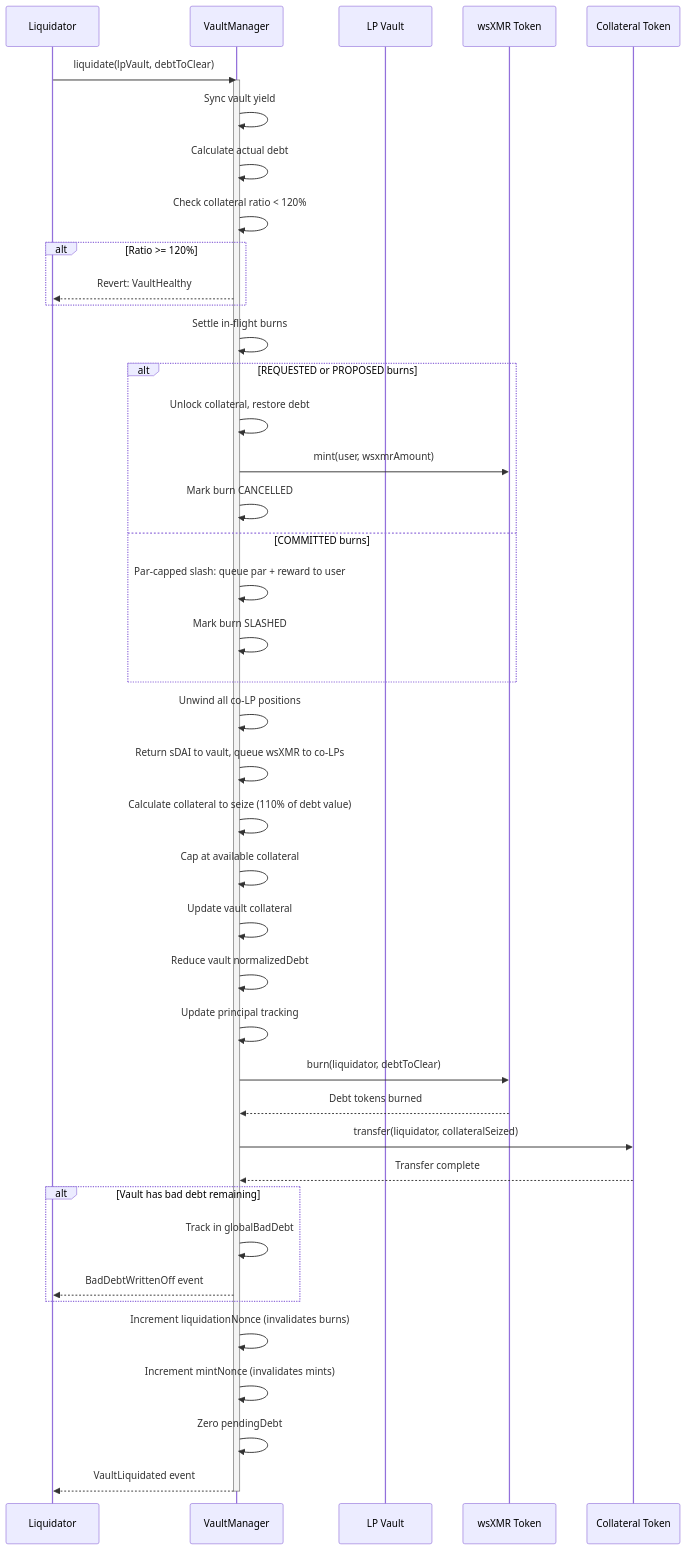
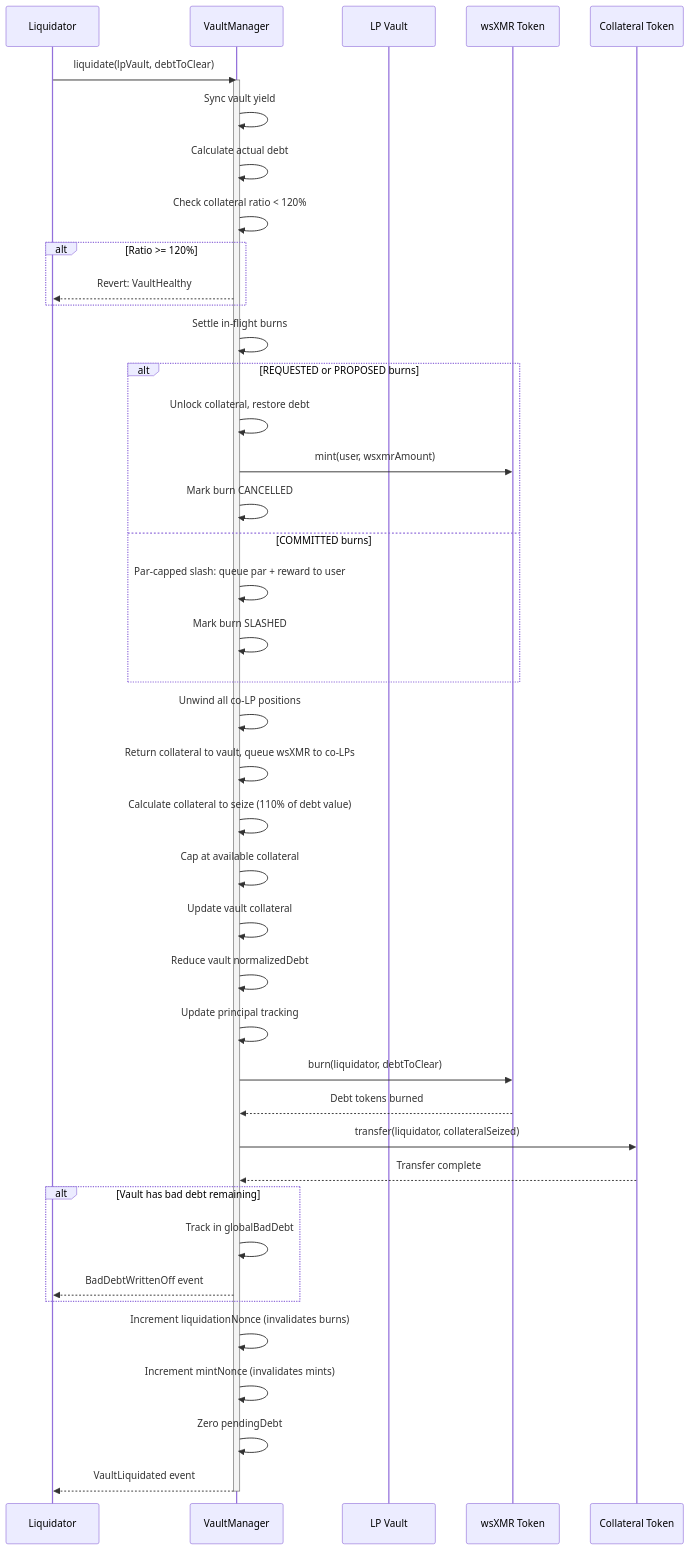
One commit to madschristensen99/wrapsynth changed diagram 13 of 27 in docs/sequenceDiagrams.md. Above: the diagram before and after it, drawn with Mermaid. The commit also changed other lines of this file and 1 other file, not shown here.

First line of the commit message:
Fix Mermaid parse errors + generalize docs to chain-agnostic terms

````diff
--- a/docs/sequenceDiagrams.md
+++ b/docs/sequenceDiagrams.md
@@ -727,57 +727,57 @@
 ```mermaid
 sequenceDiagram
     participant Liquidator
     participant VM as VaultManager
     participant Vault as LP Vault
     participant Token as wsXMR Token
     participant Collateral as Collateral Token
 
     Liquidator->>VM: liquidate(lpVault, debtToClear)
     activate VM
     
     VM->>VM: Sync vault yield
     VM->>VM: Calculate actual debt
     
     VM->>VM: Check collateral ratio < 120%
     alt Ratio >= 120%
         VM-->>Liquidator: Revert: VaultHealthy
     end
     
     VM->>VM: Settle in-flight burns
     alt REQUESTED or PROPOSED burns
         VM->>VM: Unlock collateral, restore debt
         VM->>Token: mint(user, wsxmrAmount)
         VM->>VM: Mark burn CANCELLED
     else COMMITTED burns
         VM->>VM: Par-capped slash: queue par + reward to user
         VM->>VM: Mark burn SLASHED
     end
     
     VM->>VM: Unwind all co-LP positions
-    VM->>VM: Return sDAI to vault, queue wsXMR to co-LPs
+    VM->>VM: Return collateral to vault, queue wsXMR to co-LPs
     
     VM->>VM: Calculate collateral to seize (110% of debt value)
     VM->>VM: Cap at available collateral
     
     VM->>VM: Update vault collateral
     VM->>VM: Reduce vault normalizedDebt
     VM->>VM: Update principal tracking
     
     VM->>Token: burn(liquidator, debtToClear)
     Token-->>VM: Debt tokens burned
     
     VM->>Collateral: transfer(liquidator, collateralSeized)
     Collateral-->>VM: Transfer complete
     
     alt Vault has bad debt remaining
         VM->>VM: Track in globalBadDebt
         VM-->>Liquidator: BadDebtWrittenOff event
     end
     
     VM->>VM: Increment liquidationNonce (invalidates burns)
     VM->>VM: Increment mintNonce (invalidates mints)
     VM->>VM: Zero pendingDebt
     
     VM-->>Liquidator: VaultLiquidated event
     deactivate VM
 ```
````
